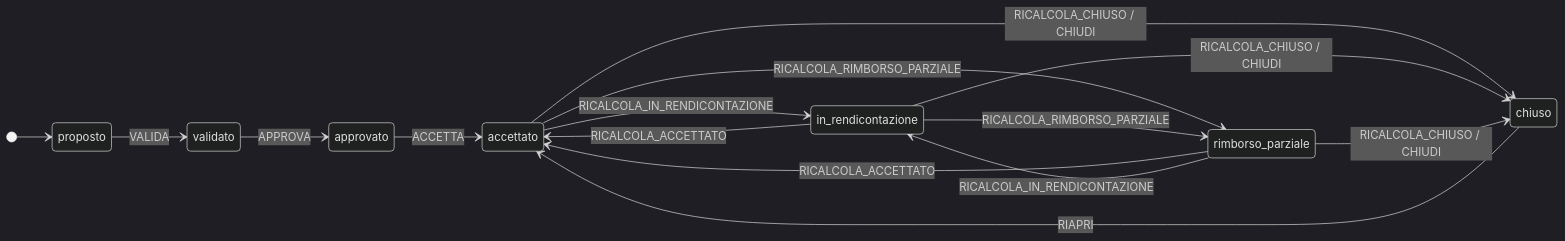
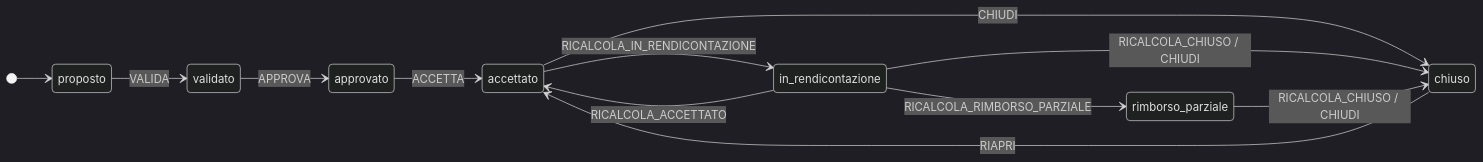
Before and after one commit to prinapo/volontari: the first of 4 diagrams in docs/flussi-stati.md, drawn with Mermaid (dark theme). The commit also changed other lines of this file and 3 other files, not shown here.

````diff
--- a/docs/flussi-stati.md
+++ b/docs/flussi-stati.md
@@ -58,22 +58,19 @@
 ```mermaid
 stateDiagram-v2
     direction LR
     [*] --> proposto
     proposto --> validato : VALIDA
     validato --> approvato : APPROVA
     approvato --> accettato : ACCETTA
 
     accettato --> in_rendicontazione : RICALCOLA_IN_RENDICONTAZIONE
-    accettato --> rimborso_parziale : RICALCOLA_RIMBORSO_PARZIALE
-    accettato --> chiuso : RICALCOLA_CHIUSO / CHIUDI
+    accettato --> chiuso : CHIUDI
 
     in_rendicontazione --> accettato : RICALCOLA_ACCETTATO
     in_rendicontazione --> rimborso_parziale : RICALCOLA_RIMBORSO_PARZIALE
     in_rendicontazione --> chiuso : RICALCOLA_CHIUSO / CHIUDI
 
-    rimborso_parziale --> accettato : RICALCOLA_ACCETTATO
-    rimborso_parziale --> in_rendicontazione : RICALCOLA_IN_RENDICONTAZIONE
     rimborso_parziale --> chiuso : RICALCOLA_CHIUSO / CHIUDI
 
     chiuso --> accettato : RIAPRI
 ```
````
